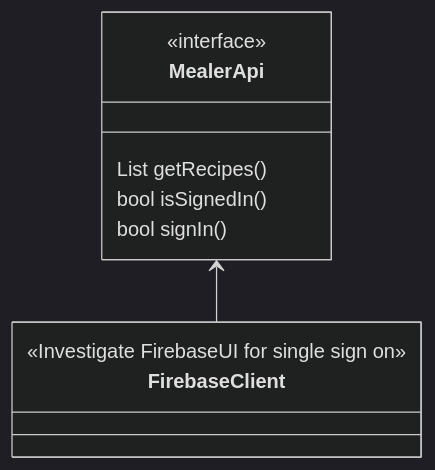
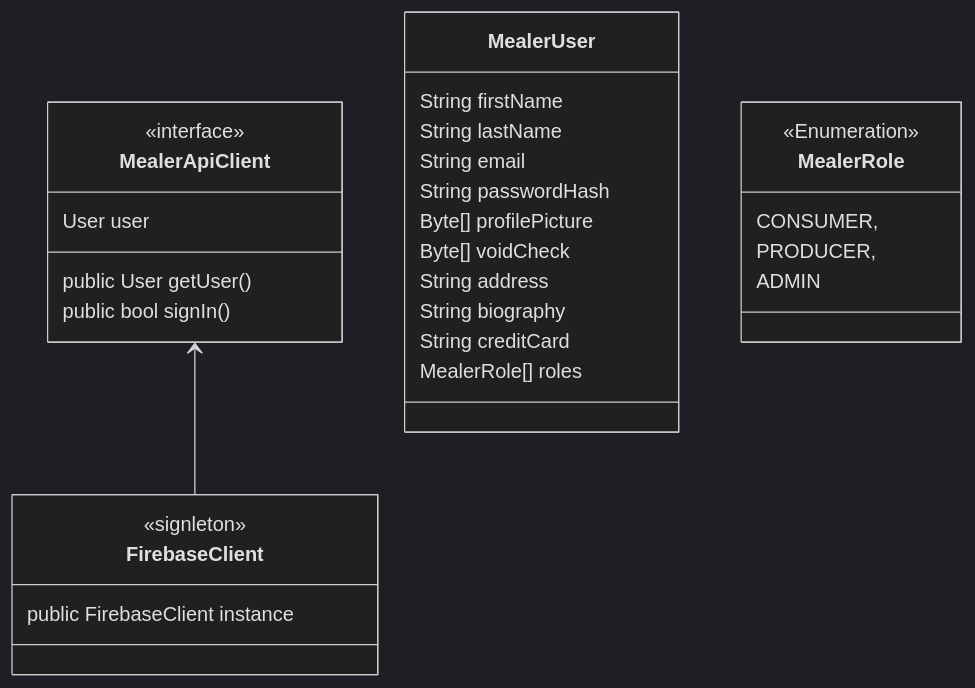
The second of 3 diagrams in README.md (Hamza-Bouzoubaa/Mealer-AndroidStudioApp), drawn with Mermaid (dark theme) before and after one commit. The commit also changed other lines of this file and 95 other files, not shown here.

````diff
--- a/README.md
+++ b/README.md
@@ -26,17 +38,38 @@
 ```mermaid
 classDiagram
-    class MealerApi {
+    class MealerApiClient {
         <<interface>>
-        List getRecipes()
-        bool isSignedIn()
-        bool signIn()
+        User user
+
+        public User getUser()
+        public bool signIn()
     }
 
     class FirebaseClient {
-        <<Investigate FirebaseUI for single sign on>>
+        <<signleton>>
+        public FirebaseClient instance
     }
 
-    MealerApi <-- FirebaseClient
+    MealerApiClient <-- FirebaseClient
 
+    class MealerUser {
+        String firstName
+        String lastName
+        String email
+        String passwordHash
+        Byte[] profilePicture
+        Byte[] voidCheck
+        String address
+        String biography
+        String creditCard
+        MealerRole[] roles
+    }
+
+    class MealerRole {
+        <<Enumeration>>
+        CONSUMER,
+        PRODUCER,
+        ADMIN
+    }
 
 ```
````
